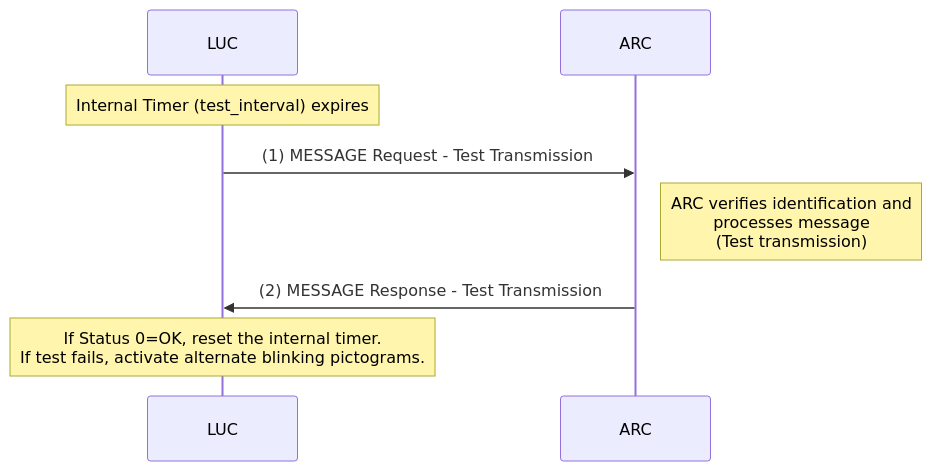
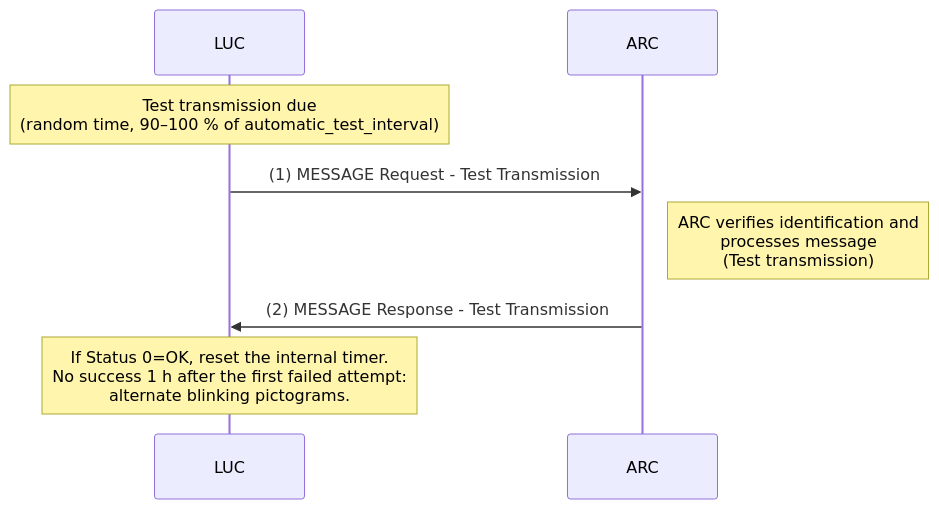
The third of 12 diagrams in LACS-usecases.md (Telegartner-Elektronik/LACS-Protocol), drawn with Mermaid before and after one commit. The commit also changed other lines of this file and 10 other files, not shown here.

````diff
--- a/LACS-usecases.md
+++ b/LACS-usecases.md
@@ -477,16 +594,16 @@
 ```mermaid
 sequenceDiagram
     participant LUC
     participant ARC
 
-    Note over LUC: Internal Timer (test_interval) expires
+    Note over LUC: Test transmission due<br>(random time, 90–100 % of automatic_test_interval)
 
     LUC->>ARC: (1) MESSAGE Request - Test Transmission
     Note right of ARC: ARC verifies identification and<br>processes message<br>(Test transmission)
 
     ARC->>LUC: (2) MESSAGE Response - Test Transmission
 
 
-    Note over LUC: If Status 0=OK, reset the internal timer.<br>If test fails, activate alternate blinking pictograms.
+    Note over LUC: If Status 0=OK, reset the internal timer.<br>No success 1 h after the first failed attempt:<br>alternate blinking pictograms.
 
 ```
````
